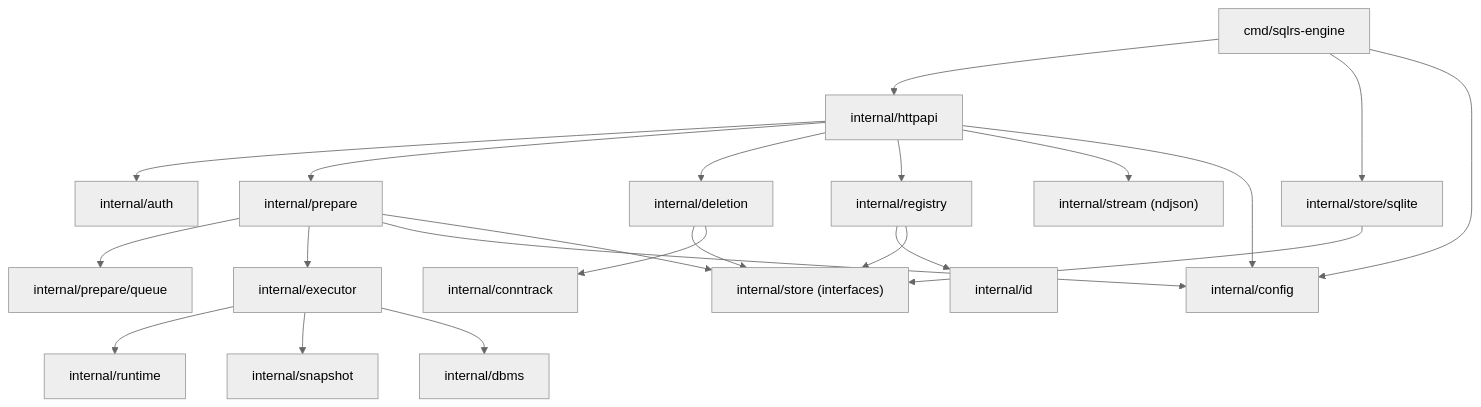
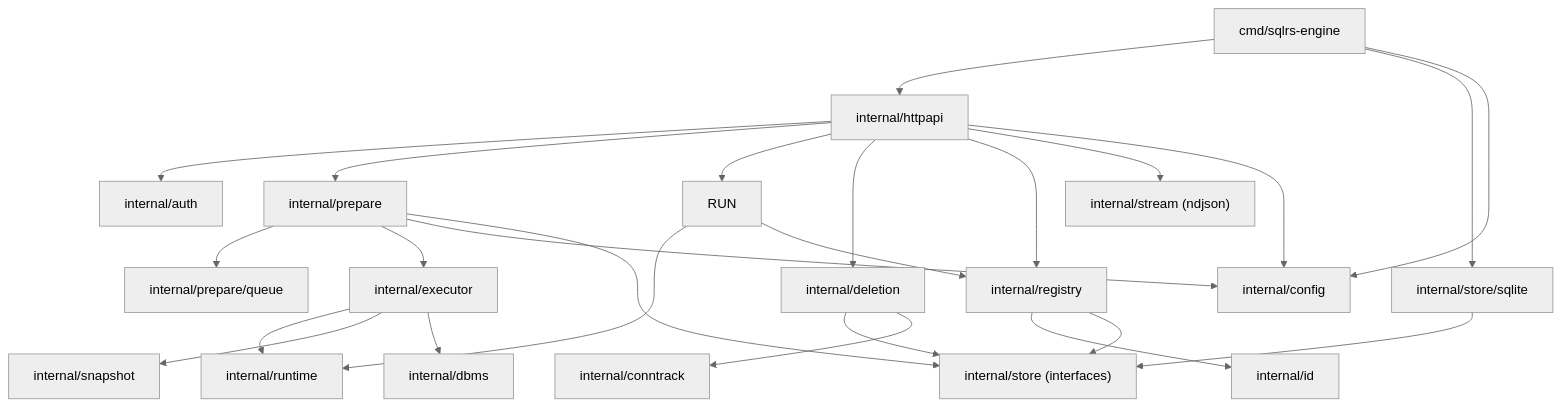
The diagram in docs/architecture/local-engine-component-structure.RU.md (kimak-irmagi/taidon), drawn with Mermaid (neutral theme) before and after one commit. The commit also changed other lines of this file and 39 other files, not shown here.

````diff
--- a/docs/architecture/local-engine-component-structure.RU.md
+++ b/docs/architecture/local-engine-component-structure.RU.md
@@ -105,42 +112,45 @@
 ```mermaid
 flowchart TD
   CMD["cmd/sqlrs-engine"]
   HTTP["internal/httpapi"]
   PREP["internal/prepare"]
   QUEUE["internal/prepare/queue"]
   EXEC["internal/executor"]
   RT["internal/runtime"]
   SNAP["internal/snapshot"]
   DBMS["internal/dbms"]
   DEL["internal/deletion"]
   CONN["internal/conntrack"]
   AUTH["internal/auth"]
   REG["internal/registry"]
   ID["internal/id"]
   STORE["internal/store (interfaces)"]
   SQLITE["internal/store/sqlite"]
   STREAM["internal/stream (ndjson)"]
   CFG["internal/config"]
 
   CMD --> HTTP
   CMD --> SQLITE
   CMD --> CFG
   HTTP --> AUTH
   HTTP --> PREP
+  HTTP --> RUN
   HTTP --> DEL
   HTTP --> REG
   HTTP --> STREAM
   HTTP --> CFG
   PREP --> QUEUE
   PREP --> EXEC
   PREP --> CFG
   EXEC --> RT
   EXEC --> SNAP
   EXEC --> DBMS
   DEL --> STORE
   DEL --> CONN
+  RUN --> RT
+  RUN --> REG
   PREP --> STORE
   REG --> ID
   REG --> STORE
   SQLITE --> STORE
 ```
````
